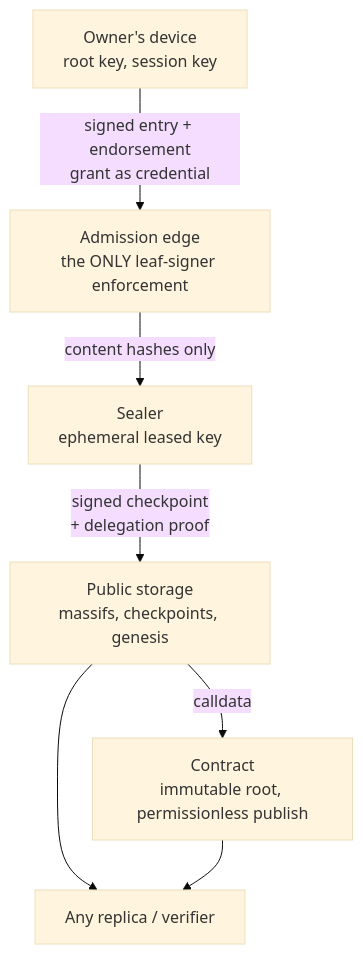
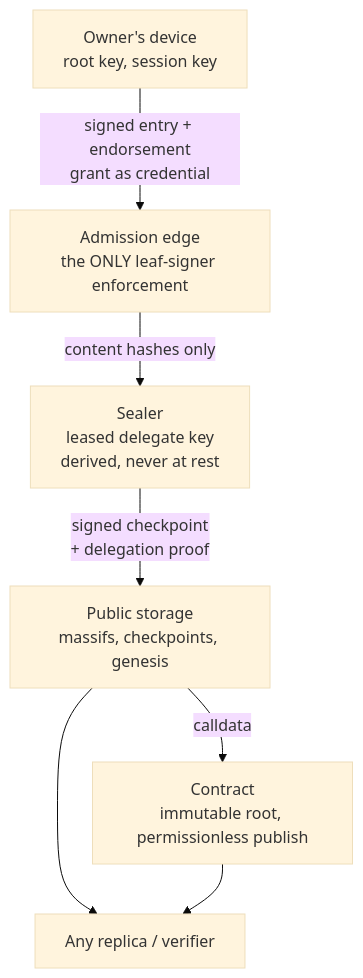
Before and after one commit to forestrie/protocol: the diagram in spec/trust-boundaries-and-operator-powers.md, drawn with Mermaid (base theme). The commit also changed other lines of this file and 4 other files, not shown here.

````diff
--- a/spec/trust-boundaries-and-operator-powers.md
+++ b/spec/trust-boundaries-and-operator-powers.md
@@ -40,16 +40,16 @@
 ```mermaid
 flowchart TB
   user["Owner's device<br/>root key, session key"]
   edge["Admission edge<br/>the ONLY leaf-signer enforcement"]
-  sealer["Sealer<br/>ephemeral leased key"]
+  sealer["Sealer<br/>leased delegate key<br/>derived, never at rest"]
   store["Public storage<br/>massifs, checkpoints, genesis"]
   chain["Contract<br/>immutable root, permissionless publish"]
   anyone["Any replica / verifier"]
 
   user -->|"signed entry + endorsement<br/>grant as credential"| edge
   edge -->|"content hashes only"| sealer
   sealer -->|"signed checkpoint<br/>+ delegation proof"| store
   store -->|"calldata"| chain
   store --> anyone
   chain --> anyone
 ```
````
